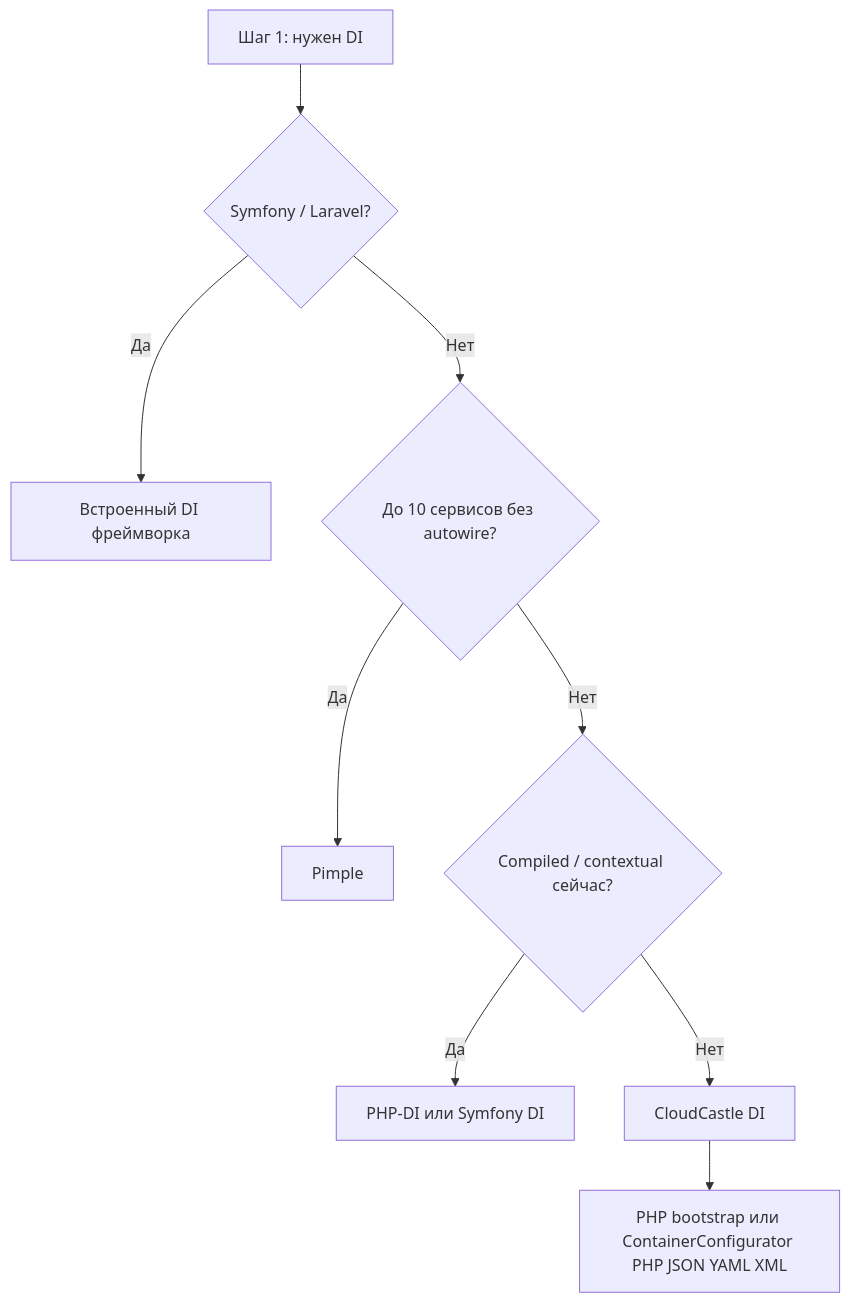
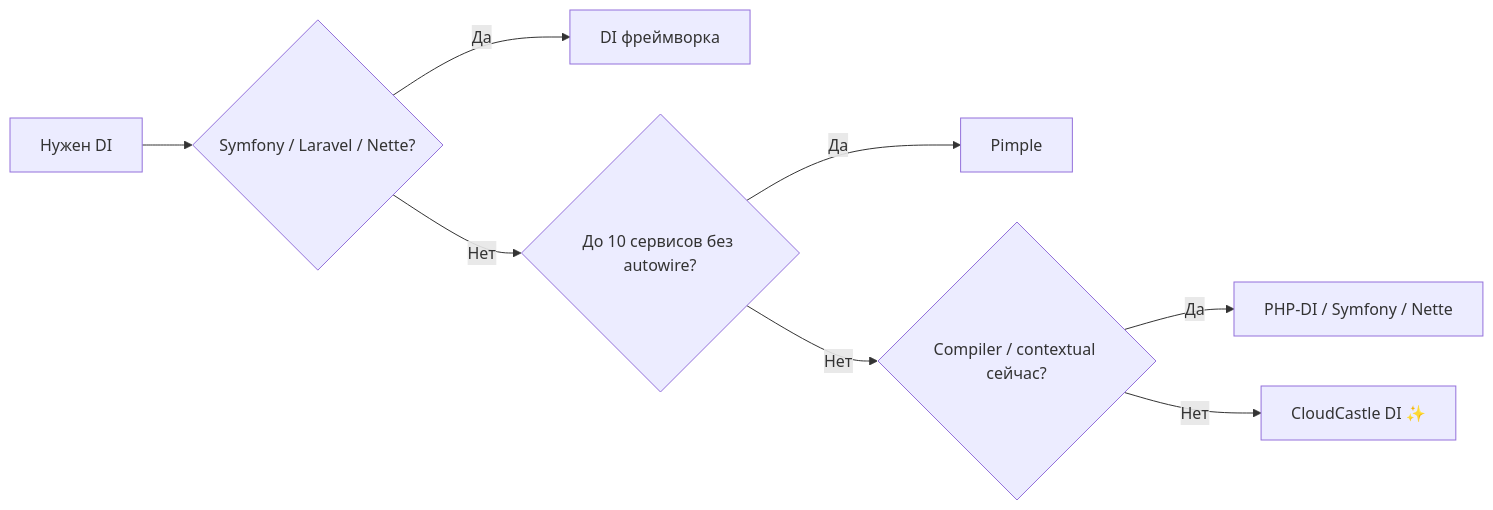
The diagram in wiki/Comparison.md (cloudcastle-apps/di), drawn with Mermaid before and after one commit. The commit also changed other lines of this file and 138 other files, not shown here.

````diff
--- a/wiki/Comparison.md
+++ b/wiki/Comparison.md
@@ -169,11 +30,10 @@
 ```mermaid
-flowchart TD
-    start[Шаг 1: нужен DI] --> fw{Symfony / Laravel?}
-    fw -->|Да| native[Встроенный DI фреймворка]
-    fw -->|Нет| tiny{До 10 сервисов без autowire?}
-    tiny -->|Да| pimple[Pimple]
-    tiny -->|Нет| enterprise{Compiled / contextual сейчас?}
-    enterprise -->|Да| heavy[PHP-DI или Symfony DI]
-    enterprise -->|Нет| cc[CloudCastle DI]
-    cc --> ccfeat[PHP bootstrap или ContainerConfigurator PHP JSON YAML XML]
+flowchart LR
+    A[Нужен DI] --> B{Symfony / Laravel / Nette?}
+    B -->|Да| C[DI фреймворка]
+    B -->|Нет| D{До 10 сервисов без autowire?}
+    D -->|Да| E[Pimple]
+    D -->|Нет| F{Compiler / contextual сейчас?}
+    F -->|Да| G[PHP-DI / Symfony / Nette]
+    F -->|Нет| H[CloudCastle DI ✨]
 ```
````
